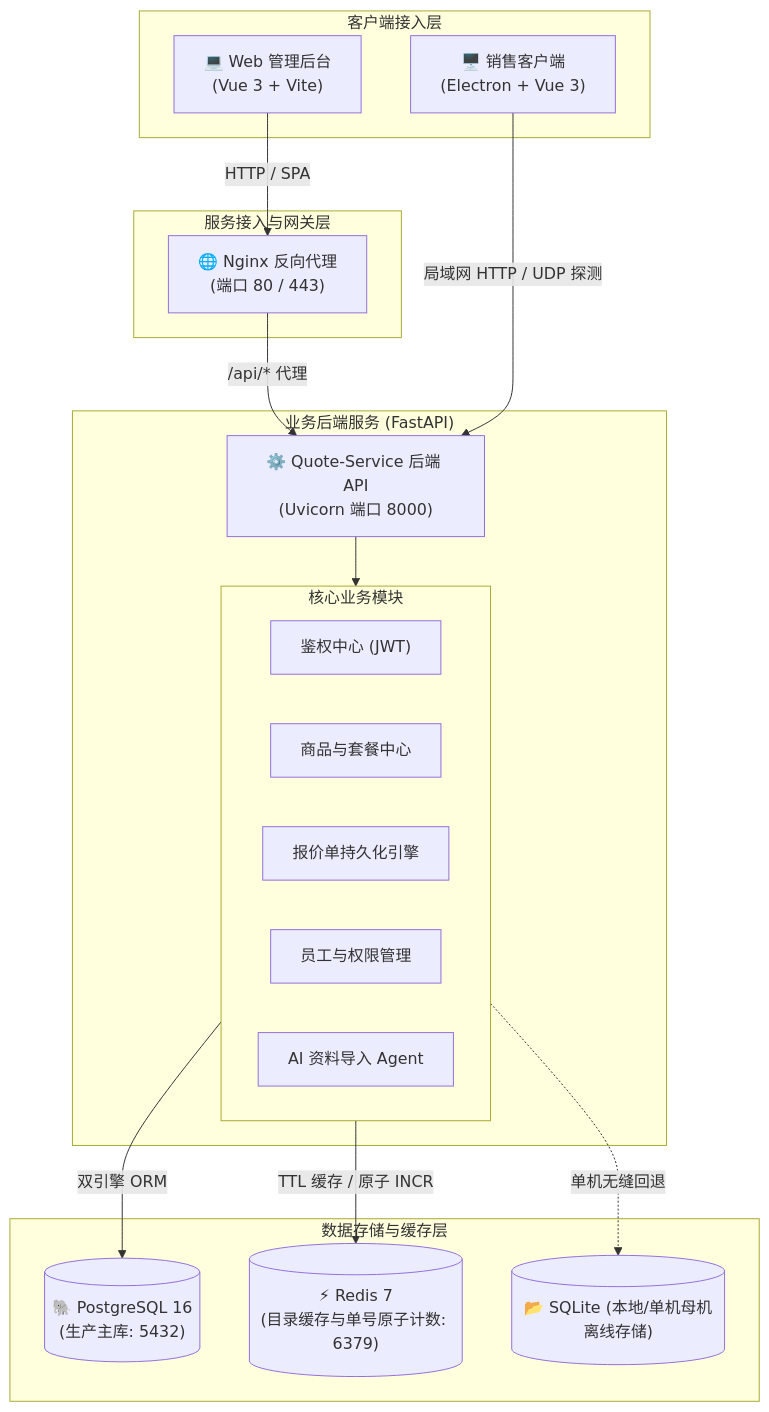
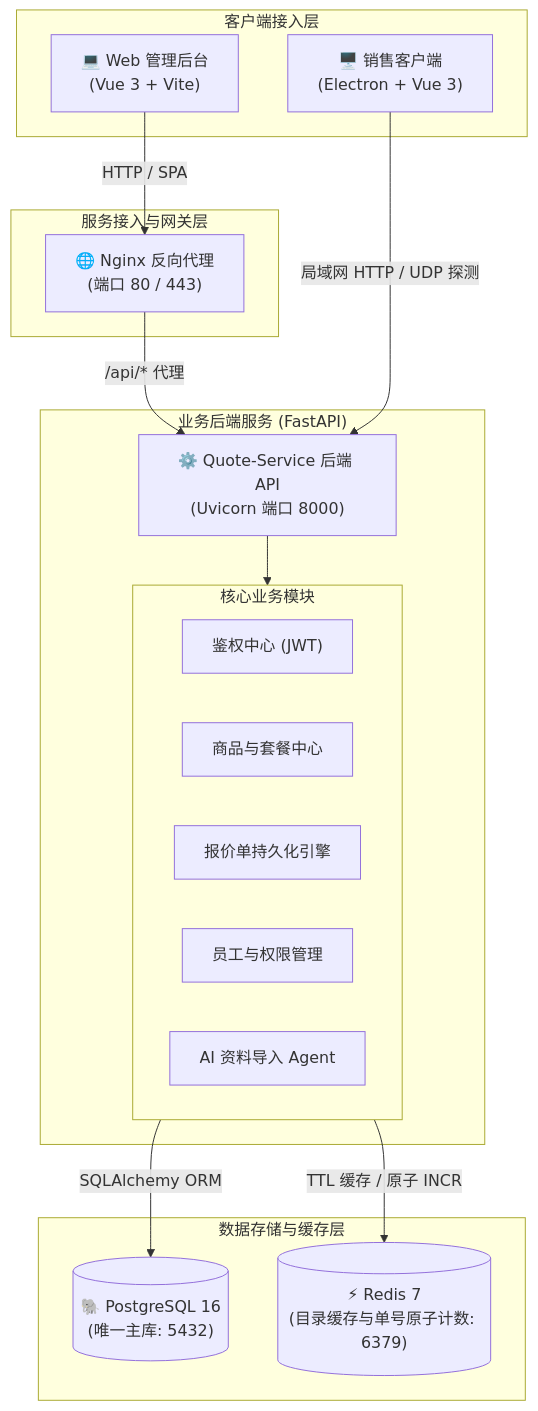
One commit to NGU-forever/Quote_sys changed the diagram in README.md. Above: the diagram before and after it, drawn with Mermaid. The commit also changed other lines of this file and 28 other files, not shown here.

First line of the commit message:
refactor(db): drop SQLite, make PostgreSQL the only engine

````diff
--- a/README.md
+++ b/README.md
@@ -43,37 +43,35 @@
 ```mermaid
 flowchart TB
     subgraph ClientLayer["客户端接入层"]
         WebAdmin["💻 Web 管理后台\n(Vue 3 + Vite)"]
         ElectronClient["🖥️ 销售客户端\n(Electron + Vue 3)"]
     end
 
     subgraph GatewayLayer["服务接入与网关层"]
         Nginx["🌐 Nginx 反向代理\n(端口 80 / 443)"]
     end
 
     subgraph ServiceLayer["业务后端服务 (FastAPI)"]
         QuoteService["⚙️ Quote-Service 后端 API\n(Uvicorn 端口 8000)"]
         subgraph Modules["核心业务模块"]
             AuthMod["鉴权中心 (JWT)"]
             CatalogMod["商品与套餐中心"]
             QuoteMod["报价单持久化引擎"]
             EmployeeMod["员工与权限管理"]
             AgentMod["AI 资料导入 Agent"]
         end
     end
 
     subgraph DataLayer["数据存储与缓存层"]
-        PostgresDB[("🐘 PostgreSQL 16\n(生产主库: 5432)")]
+        PostgresDB[("🐘 PostgreSQL 16\n(唯一主库: 5432)")]
         RedisCache[("⚡ Redis 7\n(目录缓存与单号原子计数: 6379)")]
-        LocalSQLite[("📂 SQLite (本地/单机母机离线存储)")]
     end
 
     WebAdmin -->|HTTP / SPA| Nginx
     Nginx -->|/api/* 代理| QuoteService
     ElectronClient -->|局域网 HTTP / UDP 探测| QuoteService
 
     QuoteService --> Modules
-    Modules -->|双引擎 ORM| PostgresDB
-    Modules -.->|单机无缝回退| LocalSQLite
+    Modules -->|SQLAlchemy ORM| PostgresDB
     Modules -->|TTL 缓存 / 原子 INCR| RedisCache
 ```
````
